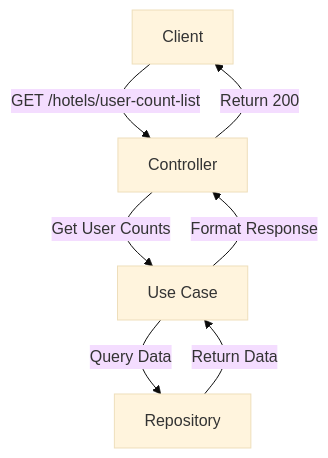
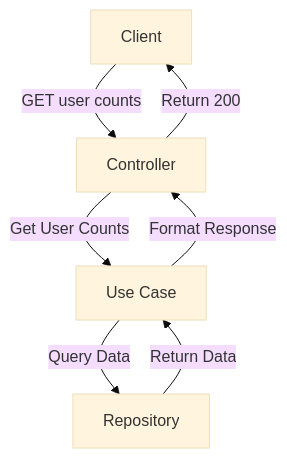
The second of 3 diagrams in README.md (laurazapa/thn), drawn with Mermaid (base theme) before and after one commit. The commit also changed other lines of this file, not shown here.

````diff
--- a/README.md
+++ b/README.md
@@ -120,9 +120,9 @@
 ```mermaid
 flowchart TD
-    A[Client] -->|GET /hotels/user-count-list| B[Controller]
+    A[Client] -->|GET user counts| B[Controller]
     B -->|Get User Counts| C[Use Case]
     C -->|Query Data| D[Repository]
     D -->|Return Data| C
     C -->|Format Response| B
     B -->|Return 200| A
 ```
````
